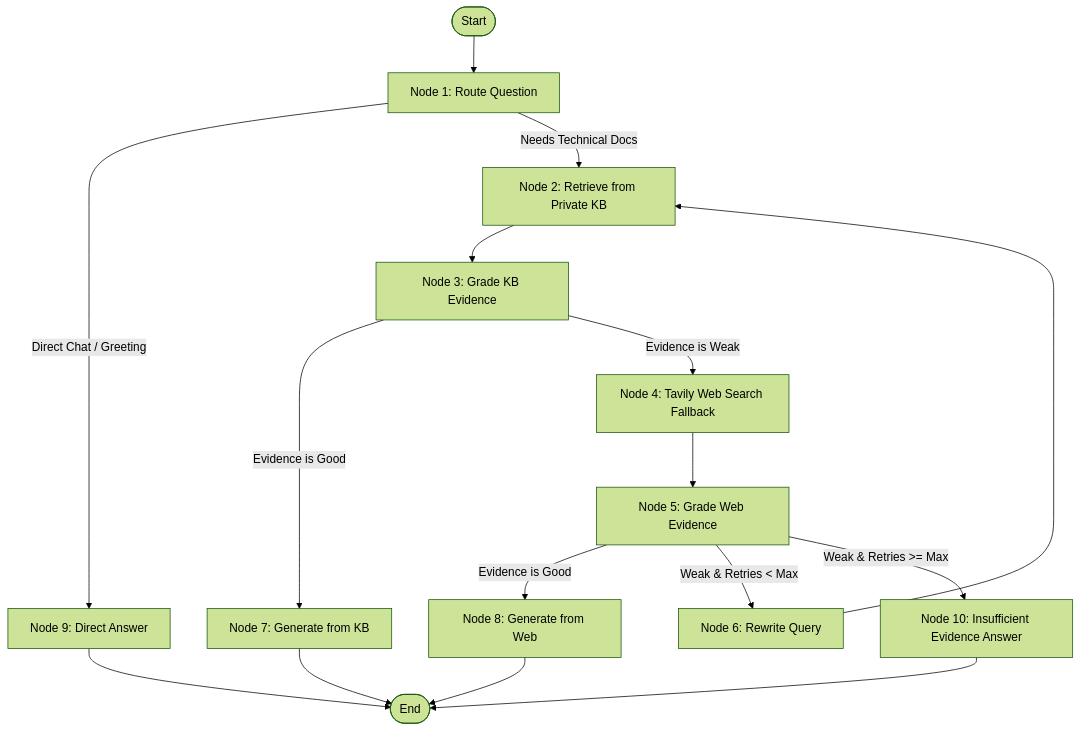
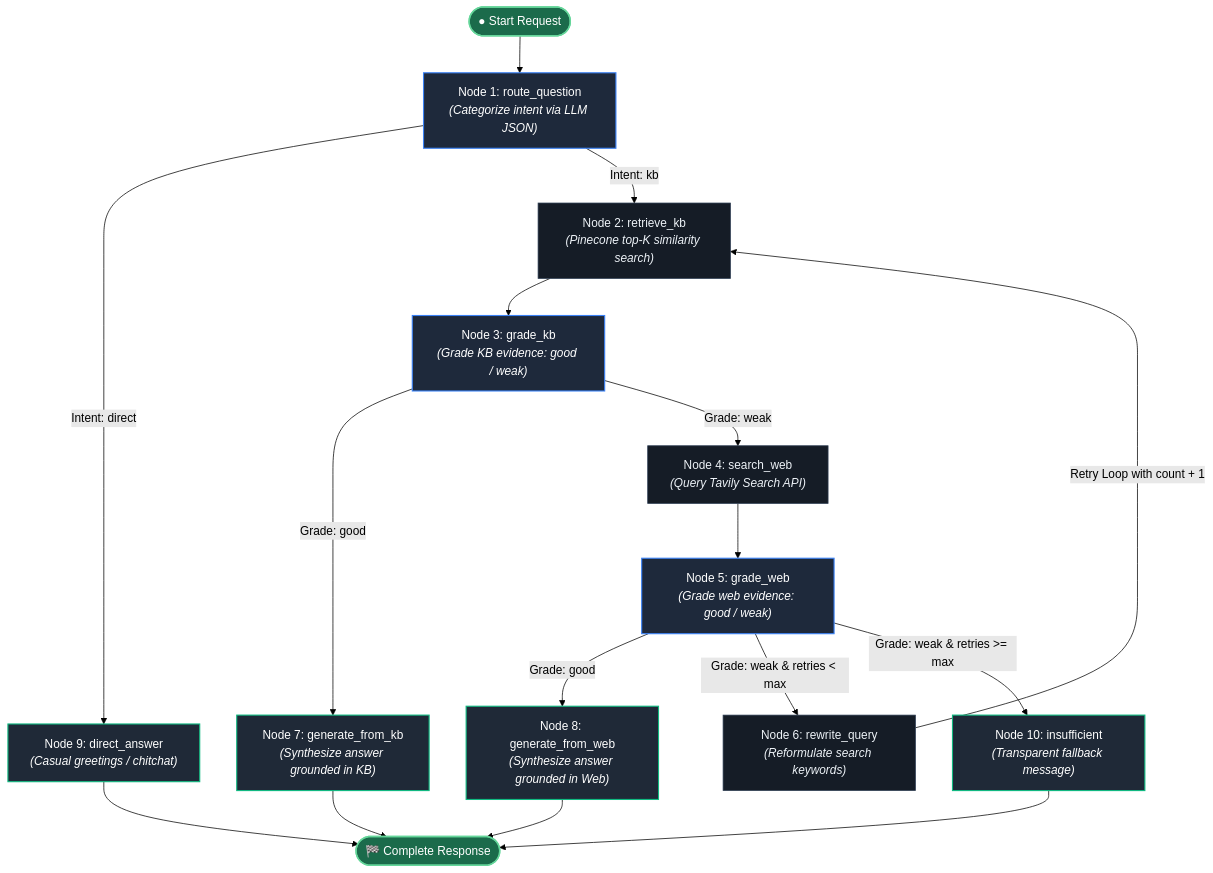
The second of 3 diagrams in README.md (Vixhal17/ResolveAI), drawn with Mermaid (forest theme) before and after one commit. The commit also changed other lines of this file, not shown here.

````diff
--- a/README.md
+++ b/README.md
@@ -24,25 +149,36 @@
 ```mermaid
 flowchart TD
-    START([Start]) --> Route[Node 1: Route Question]
+    START([● Start Request]) --> Route["Node 1: route_question<br/><i>(Categorize intent via LLM JSON)</i>"]
+
+    Route -->|Intent: direct| DirectAns["Node 9: direct_answer<br/><i>(Casual greetings / chitchat)</i>"]
+    Route -->|Intent: kb| RetKB["Node 2: retrieve_kb<br/><i>(Pinecone top-K similarity search)</i>"]
+
+    RetKB --> GradeKB["Node 3: grade_kb<br/><i>(Grade KB evidence: good / weak)</i>"]
+
+    GradeKB -->|Grade: good| GenKB["Node 7: generate_from_kb<br/><i>(Synthesize answer grounded in KB)</i>"]
+    GradeKB -->|Grade: weak| SearchWeb["Node 4: search_web<br/><i>(Query Tavily Search API)</i>"]
+
+    SearchWeb --> GradeWeb["Node 5: grade_web<br/><i>(Grade web evidence: good / weak)</i>"]
+
+    GradeWeb -->|Grade: good| GenWeb["Node 8: generate_from_web<br/><i>(Synthesize answer grounded in Web)</i>"]
     
-    Route -->|Direct Chat / Greeting| DirectAns[Node 9: Direct Answer]
-    Route -->|Needs Technical Docs| RetKB[Node 2: Retrieve from Private KB]
-    
-    RetKB --> GradeKB[Node 3: Grade KB Evidence]
-    
-    GradeKB -->|Evidence is Good| GenKB[Node 7: Generate from KB]
-    GradeKB -->|Evidence is Weak| SearchWeb[Node 4: Tavily Web Search Fallback]
-    
-    SearchWeb --> GradeWeb[Node 5: Grade Web Evidence]
-    
-    GradeWeb -->|Evidence is Good| GenWeb[Node 8: Generate from Web]
-    GradeWeb -->|Weak & Retries < Max| Rewrite[Node 6: Rewrite Query]
-    GradeWeb -->|Weak & Retries >= Max| Insufficient[Node 10: Insufficient Evidence Answer]
-    
-    Rewrite --> RetKB
-    
-    GenKB --> END([End])
+    GradeWeb -->|Grade: weak & retries < max| Rewrite["Node 6: rewrite_query<br/><i>(Reformulate search keywords)</i>"]
+    GradeWeb -->|Grade: weak & retries >= max| Insufficient["Node 10: insufficient<br/><i>(Transparent fallback message)</i>"]
+
+    Rewrite -->|Retry Loop with count + 1| RetKB
+
+    GenKB --> END([🏁 Complete Response])
     GenWeb --> END
     DirectAns --> END
     Insufficient --> END
+
+    classDef startEnd fill:#1b6b4b,stroke:#65d69a,stroke-width:2px,color:#ffffff;
+    classDef actionNode fill:#151c26,stroke:#2e3e54,stroke-width:1px,color:#edf2f7;
+    classDef decisionNode fill:#1e293b,stroke:#3b82f6,stroke-width:1.5px,color:#ffffff;
+    classDef terminalNode fill:#1f2937,stroke:#10b981,stroke-width:1.5px,color:#ffffff;
+
+    class START,END startEnd;
+    class Route,GradeKB,GradeWeb decisionNode;
+    class RetKB,SearchWeb,Rewrite actionNode;
+    class GenKB,GenWeb,DirectAns,Insufficient terminalNode;
 ```
````
